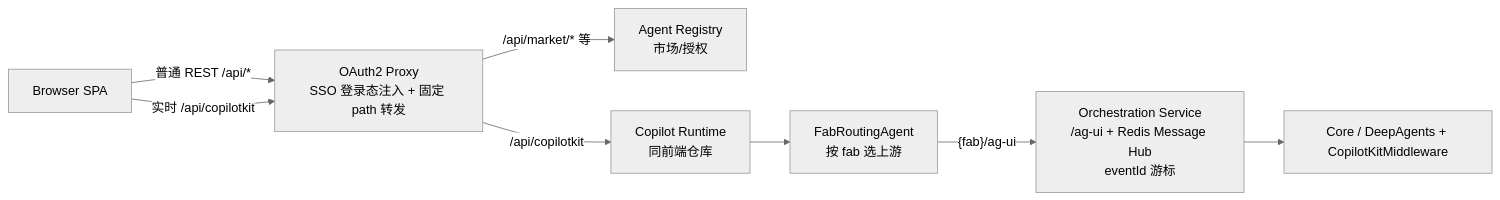
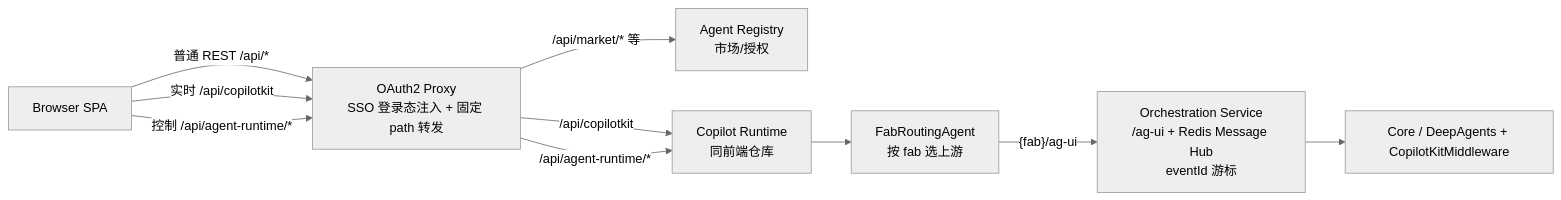
Before and after one commit to CurrentTi1024/AgentDock: the second of 2 diagrams in docs/agentdock/design/15-orchestration-integration-guide.md, drawn with Mermaid (neutral theme). The commit also changed other lines of this file and 9 other files, not shown here.

Commit message:
docs(runtime): define stateless agent stop APIs

````diff
--- a/docs/agentdock/design/15-orchestration-integration-guide.md
+++ b/docs/agentdock/design/15-orchestration-integration-guide.md
@@ -43,17 +43,19 @@
 ```mermaid
 flowchart LR
   B["Browser SPA"]
   P["OAuth2 Proxy<br/>SSO 登录态注入 + 固定 path 转发"]
   A["Agent Registry<br/>市场/授权"]
   R["Copilot Runtime<br/>同前端仓库"]
   F["FabRoutingAgent<br/>按 fab 选上游"]
   O["Orchestration Service<br/>/ag-ui + Redis Message Hub<br/>eventId 游标"]
   C["Core / DeepAgents + CopilotKitMiddleware"]
   B -->|"普通 REST /api/*"| P
   B -->|"实时 /api/copilotkit"| P
+  B -->|"控制 /api/agent-runtime/*"| P
   P -->|"/api/market/* 等"| A
   P -->|"/api/copilotkit"| R
+  P -->|"/api/agent-runtime/*"| R
   R --> F
   F -->|"{fab}/ag-ui"| O
   O --> C
 ```
````
